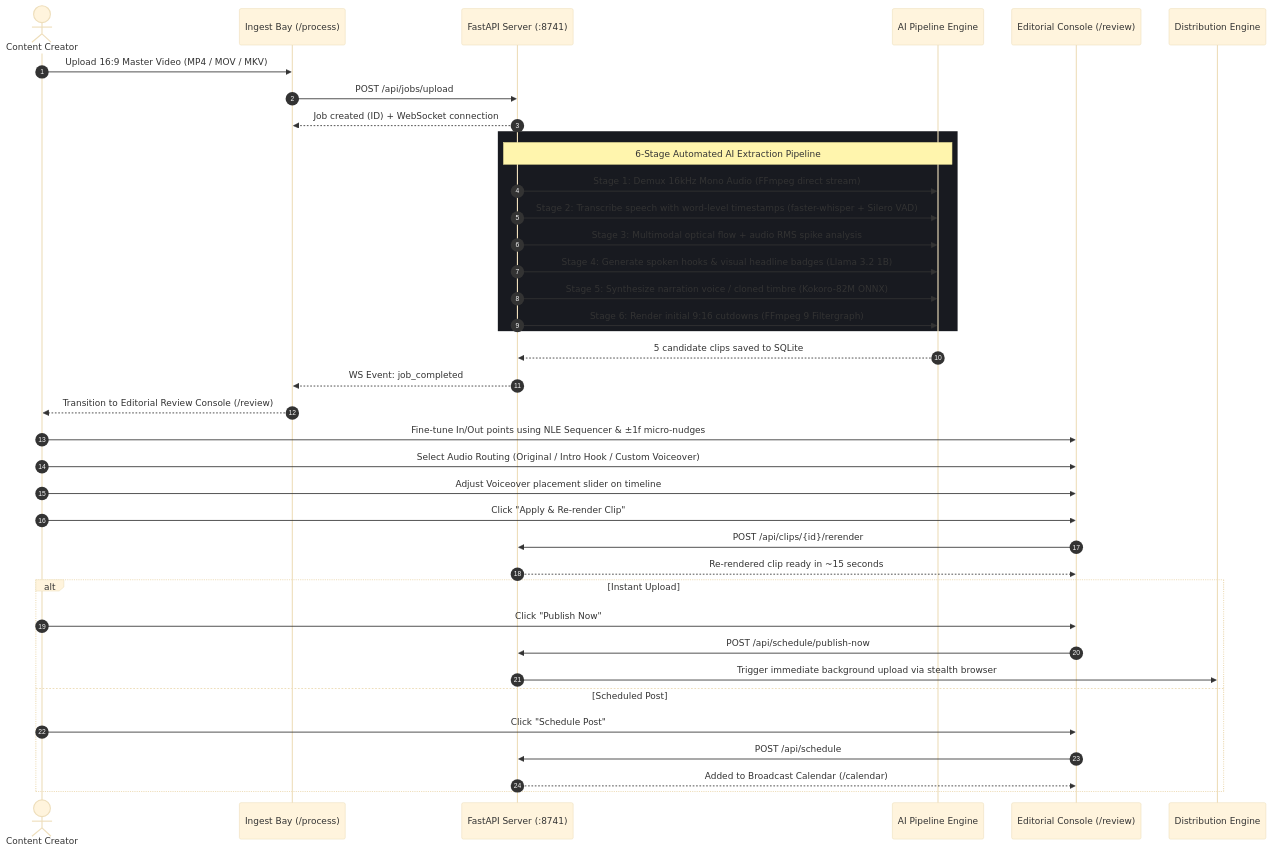
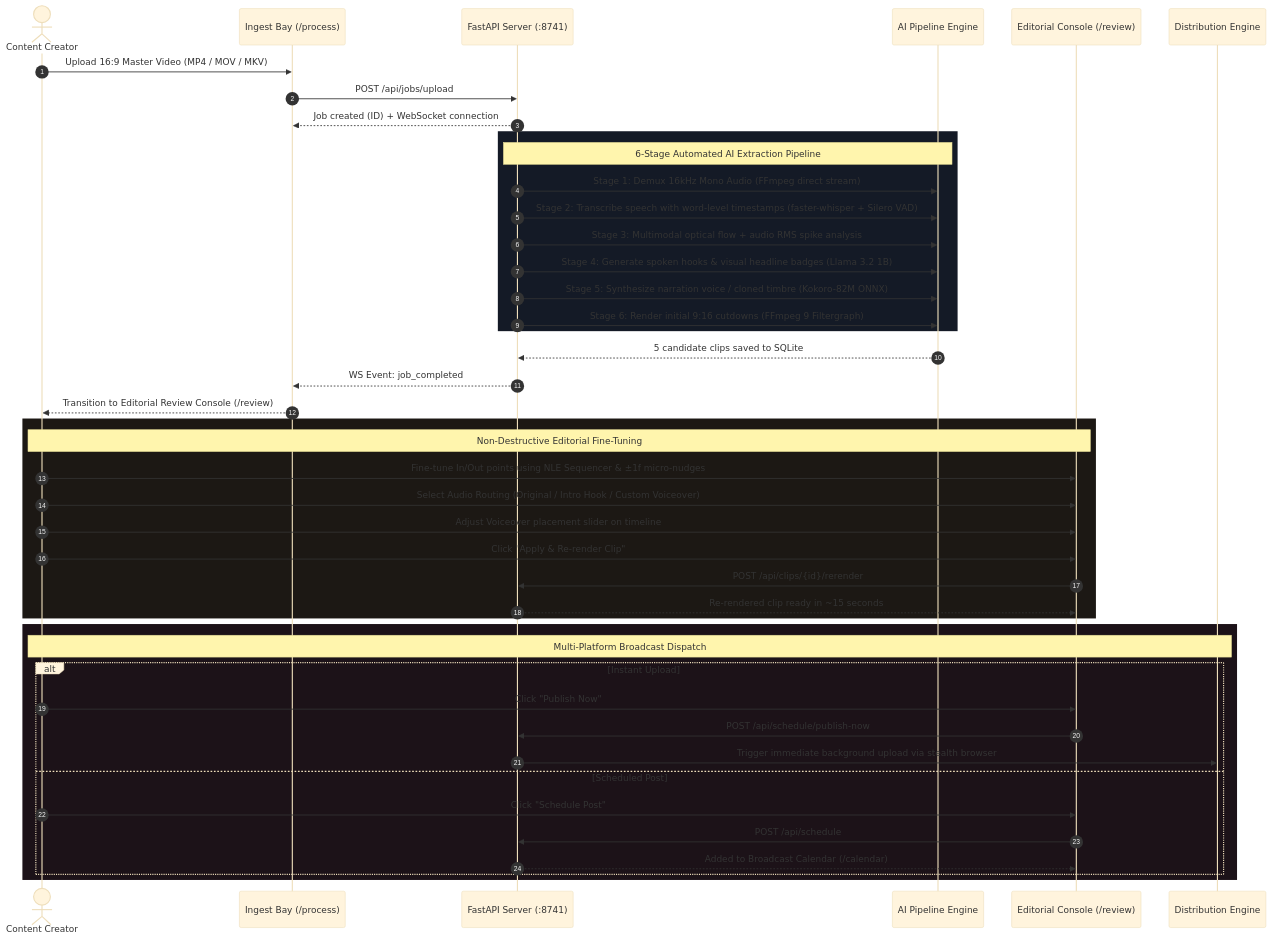
One commit to DivyamJoshi2005/Alfred changed the fourth of 9 diagrams in README.md. Above: the diagram before and after it, drawn with Mermaid (base theme). The commit also changed other lines of this file and 1 other file, not shown here.

Commit message:
docs: add minimal, vibrant slate & neon accent styling to all Mermaid architecture diagrams

````diff
--- a/README.md
+++ b/README.md
@@ -240,45 +259,51 @@
 ```mermaid
 sequenceDiagram
     autonumber
     actor Creator as Content Creator
     participant Ingest as Ingest Bay (/process)
     participant Server as FastAPI Server (:8741)
     participant Engine as AI Pipeline Engine
     participant Deck as Editorial Console (/review)
     participant Dist as Distribution Engine
 
     Creator->>Ingest: Upload 16:9 Master Video (MP4 / MOV / MKV)
     Ingest->>Server: POST /api/jobs/upload
     Server-->>Ingest: Job created (ID) + WebSocket connection
     
-    rect rgb(24, 26, 32)
+    rect rgb(20, 26, 38)
         note over Server,Engine: 6-Stage Automated AI Extraction Pipeline
         Server->>Engine: Stage 1: Demux 16kHz Mono Audio (FFmpeg direct stream)
         Server->>Engine: Stage 2: Transcribe speech with word-level timestamps (faster-whisper + Silero VAD)
         Server->>Engine: Stage 3: Multimodal optical flow + audio RMS spike analysis
         Server->>Engine: Stage 4: Generate spoken hooks & visual headline badges (Llama 3.2 1B)
         Server->>Engine: Stage 5: Synthesize narration voice / cloned timbre (Kokoro-82M ONNX)
         Server->>Engine: Stage 6: Render initial 9:16 cutdowns (FFmpeg 9 Filtergraph)
     end
 
     Engine-->>Server: 5 candidate clips saved to SQLite
     Server-->>Ingest: WS Event: job_completed
     Ingest-->>Creator: Transition to Editorial Review Console (/review)
 
-    Creator->>Deck: Fine-tune In/Out points using NLE Sequencer & ±1f micro-nudges
-    Creator->>Deck: Select Audio Routing (Original / Intro Hook / Custom Voiceover)
-    Creator->>Deck: Adjust Voiceover placement slider on timeline
-    Creator->>Deck: Click "Apply & Re-render Clip"
-    Deck->>Server: POST /api/clips/{id}/rerender
-    Server-->>Deck: Re-rendered clip ready in ~15 seconds
+    rect rgb(28, 24, 20)
+        note over Creator,Deck: Non-Destructive Editorial Fine-Tuning
+        Creator->>Deck: Fine-tune In/Out points using NLE Sequencer & ±1f micro-nudges
+        Creator->>Deck: Select Audio Routing (Original / Intro Hook / Custom Voiceover)
+        Creator->>Deck: Adjust Voiceover placement slider on timeline
+        Creator->>Deck: Click "Apply & Re-render Clip"
+        Deck->>Server: POST /api/clips/{id}/rerender
+        Server-->>Deck: Re-rendered clip ready in ~15 seconds
+    end
 
-    alt Instant Upload
-        Creator->>Deck: Click "Publish Now"
-        Deck->>Server: POST /api/schedule/publish-now
-        Server->>Dist: Trigger immediate background upload via stealth browser
-    else Scheduled Post
-        Creator->>Deck: Click "Schedule Post"
-        Deck->>Server: POST /api/schedule
-        Server-->>Deck: Added to Broadcast Calendar (/calendar)
+    rect rgb(28, 18, 24)
+        note over Creator,Dist: Multi-Platform Broadcast Dispatch
+        alt Instant Upload
+            Creator->>Deck: Click "Publish Now"
+            Deck->>Server: POST /api/schedule/publish-now
+            Server->>Dist: Trigger immediate background upload via stealth browser
+        else Scheduled Post
+            Creator->>Deck: Click "Schedule Post"
+            Deck->>Server: POST /api/schedule
+            Server-->>Deck: Added to Broadcast Calendar (/calendar)
+        end
     end
 ```
````
